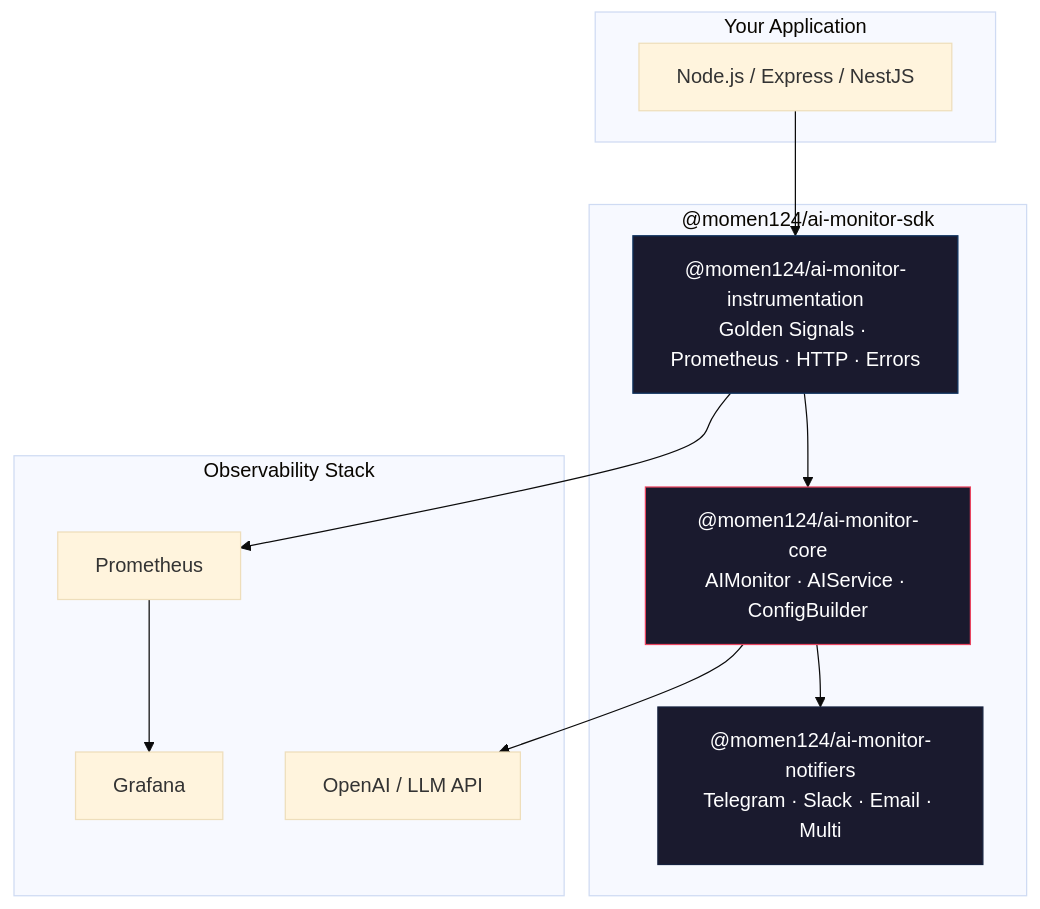
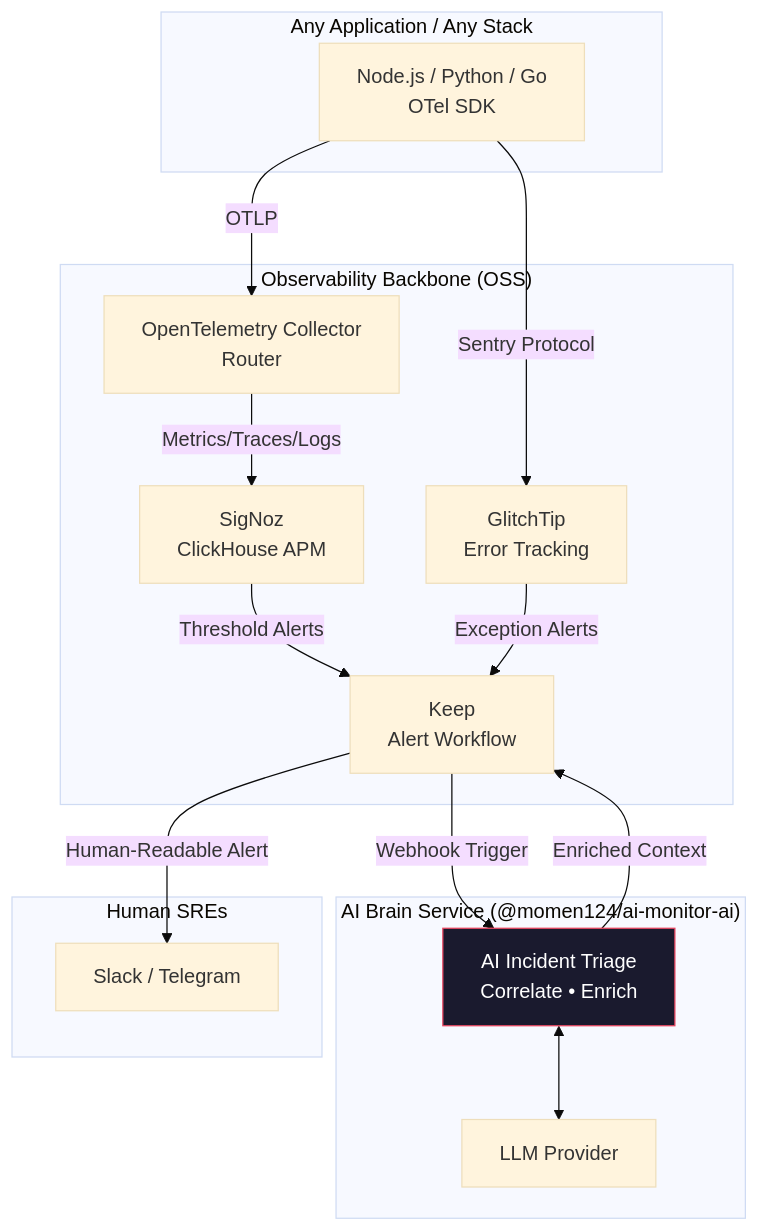
One commit to egysaas25-hub/ai-monitor-sdk changed the first of 2 diagrams in docs/01-architecture.md. Above: the diagram before and after it, drawn with Mermaid (base theme). The commit also changed other lines of this file and 32 other files, not shown here.

Commit message:
docs(architecture): pivot to standalone AI SRE service model and add AI engineer mocks

````diff
--- a/docs/01-architecture.md
+++ b/docs/01-architecture.md
@@ -9,29 +9,34 @@
 ```mermaid
 graph TB
-    subgraph APP_SUB ["Your Application"]
-        APP["Node.js / Express / NestJS"]
+    subgraph "Any Application / Any Stack"
+        APP[Node.js / Python / Go<br/>OTel SDK]
     end
 
-    subgraph SDK_SUB ["@momen124/ai-monitor-sdk"]
-        CORE["@momen124/ai-monitor-core<br/>AIMonitor · AIService · ConfigBuilder"]
-        INST["@momen124/ai-monitor-instrumentation<br/>Golden Signals · Prometheus · HTTP · Errors"]
-        NOTIF["@momen124/ai-monitor-notifiers<br/>Telegram · Slack · Email · Multi"]
+    subgraph "Observability Backbone (OSS)"
+        OTEL[OpenTelemetry Collector<br/>Router]
+        SIG[SigNoz<br/>ClickHouse APM]
+        KEEP[Keep<br/>Alert Workflow]
+        GLITCH[GlitchTip<br/>Error Tracking]
     end
 
-    subgraph OBS_SUB ["Observability Stack"]
-        PROM[Prometheus]
-        GRAF[Grafana]
-        AI["OpenAI / LLM API"]
+    subgraph "AI Brain Service (@momen124/ai-monitor-ai)"
+        AI_ENGINE[AI Incident Triage<br/>Correlate • Enrich]
+        LLM[LLM Provider]
     end
 
-    APP --> INST
-    INST --> CORE
-    CORE --> NOTIF
-    CORE --> AI
-    INST --> PROM
-    PROM --> GRAF
+    subgraph "Human SREs"
+        SLACK[Slack / Telegram]
+    end
 
-    style CORE fill:#1a1a2e,stroke:#e94560,color:#fff
-    style INST fill:#1a1a2e,stroke:#0f3460,color:#fff
-    style NOTIF fill:#1a1a2e,stroke:#16213e,color:#fff
+    APP -- OTLP --> OTEL
+    APP -- Sentry Protocol --> GLITCH
+    OTEL -- Metrics/Traces/Logs --> SIG
+    SIG -- Threshold Alerts --> KEEP
+    GLITCH -- Exception Alerts --> KEEP
+    KEEP -- Webhook Trigger --> AI_ENGINE
+    AI_ENGINE <--> LLM
+    AI_ENGINE -- Enriched Context --> KEEP
+    KEEP -- Human-Readable Alert --> SLACK
+
+    style AI_ENGINE fill:#1a1a2e,stroke:#e94560,color:#fff
 ```
````
